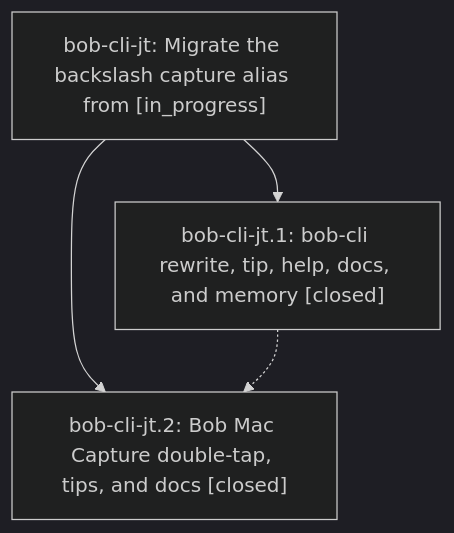
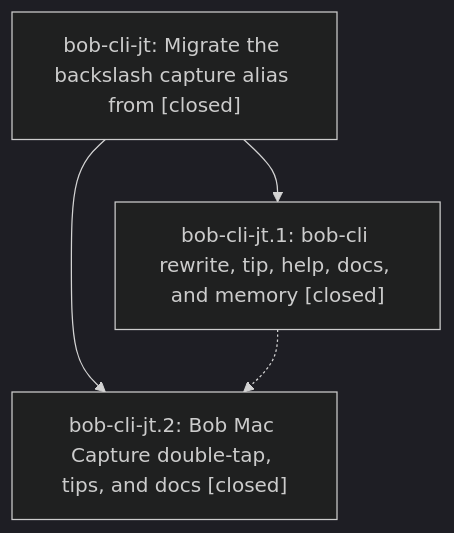
Before and after one commit to bobs-org/bob-cli--beads: the diagram in pages/bob-cli-jt/README.md, drawn with Mermaid (dark theme). The commit also changed other lines of this file and 1 other file, not shown here.

First line of the commit message:
chore(beads): sync bead state and pages for bob-cli-jt

````diff
--- a/pages/bob-cli-jt/README.md
+++ b/pages/bob-cli-jt/README.md
@@ -35,9 +57,9 @@
 ```mermaid
 flowchart TD
-    n0["bob-cli-jt: Migrate the backslash capture alias from [in_progress]"]
+    n0["bob-cli-jt: Migrate the backslash capture alias from [closed]"]
     n1["bob-cli-jt.1: bob-cli rewrite, tip, help, docs, and memory [closed]"]
     n2["bob-cli-jt.2: Bob Mac Capture double-tap, tips, and docs [closed]"]
     n0 --> n1
     n0 --> n2
     n1 -.-> n2
 ```
````
